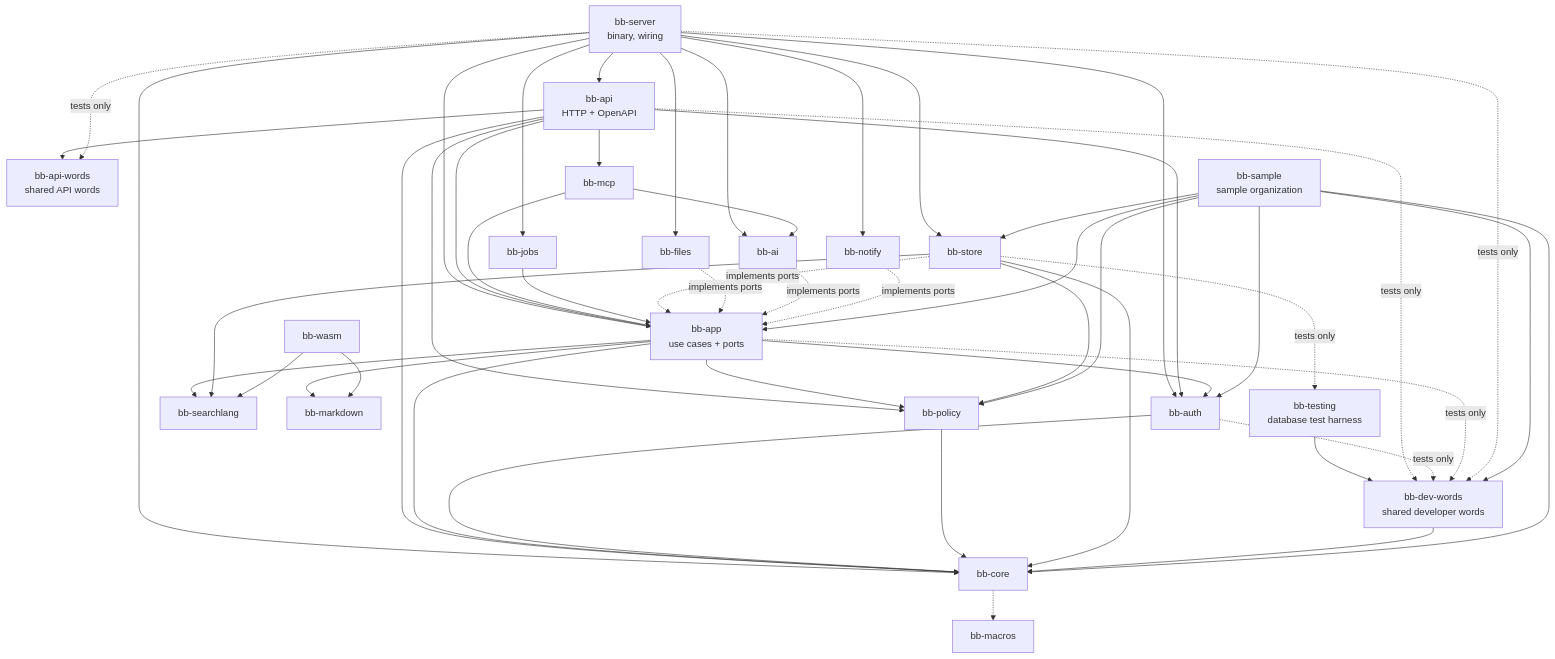
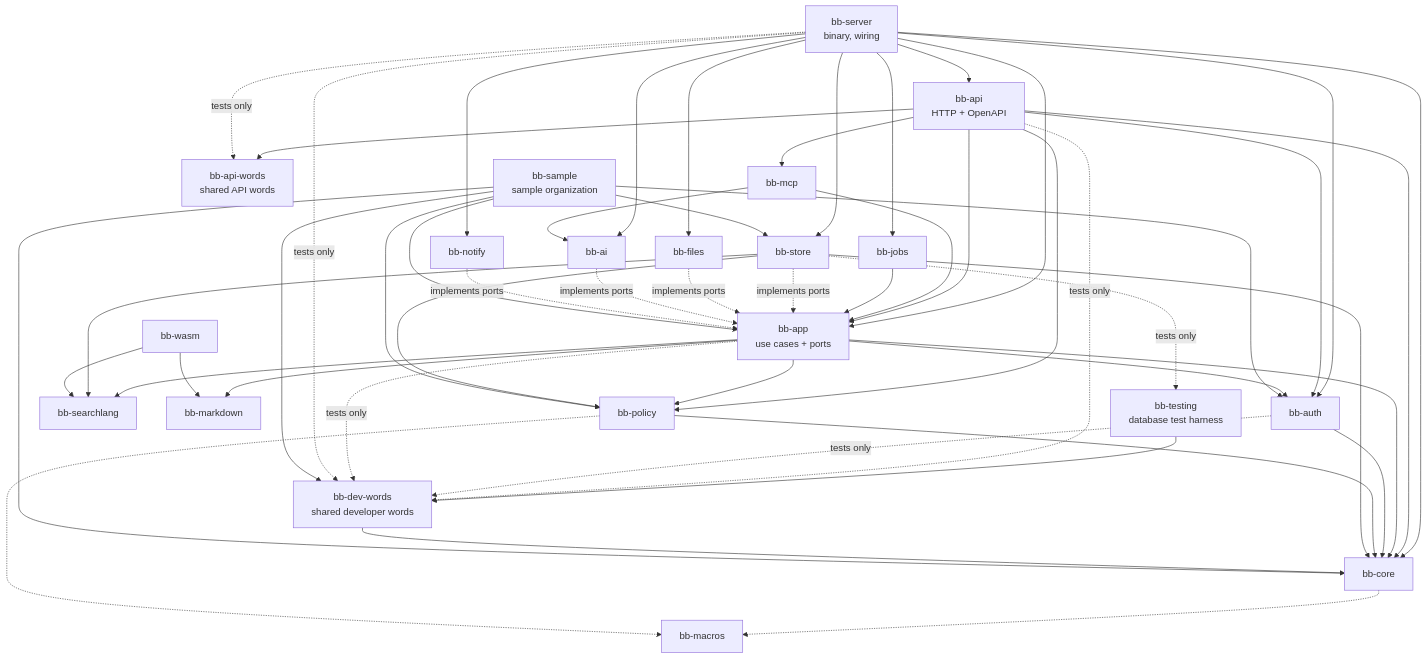
The diagram in docs/architecture/04-building-blocks.md (Nusi42/Bugaboo), drawn with Mermaid before and after one commit. The commit also changed other lines of this file and 8 other files, not shown here.

````diff
--- a/docs/architecture/04-building-blocks.md
+++ b/docs/architecture/04-building-blocks.md
@@ -46,47 +46,48 @@
 ```mermaid
 flowchart TB
   server["bb-server<br/>binary, wiring"]
   api["bb-api<br/>HTTP + OpenAPI"]
   words["bb-api-words<br/>shared API words"]
   devwords["bb-dev-words<br/>shared developer words"]
   mcp["bb-mcp"]
   app["bb-app<br/>use cases + ports"]
   policy["bb-policy"]
   core["bb-core"]
   macros["bb-macros"]
   search["bb-searchlang"]
   md["bb-markdown"]
   store["bb-store"]
   files["bb-files"]
   auth["bb-auth"]
   ai["bb-ai"]
   notify["bb-notify"]
   jobs["bb-jobs"]
   wasm["bb-wasm"]
   testing["bb-testing<br/>database test harness"]
   sample["bb-sample<br/>sample organization"]
 
   server --> api & jobs & store & files & ai & notify & auth & app & core
   api --> app & auth & mcp & core & policy & words
   mcp --> app & ai
   jobs --> app
   app --> policy & core & search & md & auth
   auth --> core
   policy --> core
   core -.-> macros
+  policy -.-> macros
   store -. implements ports .-> app
   files -. implements ports .-> app
   ai -. implements ports .-> app
   notify -. implements ports .-> app
   store --> search & policy & core
   wasm --> search & md
   store -. tests only .-> testing
   server -. tests only .-> words
   testing --> devwords
   devwords --> core
   api -. tests only .-> devwords
   auth -. tests only .-> devwords
   app -. tests only .-> devwords
   server -. tests only .-> devwords
   sample --> app & store & core & policy & auth & devwords
 ```
````
